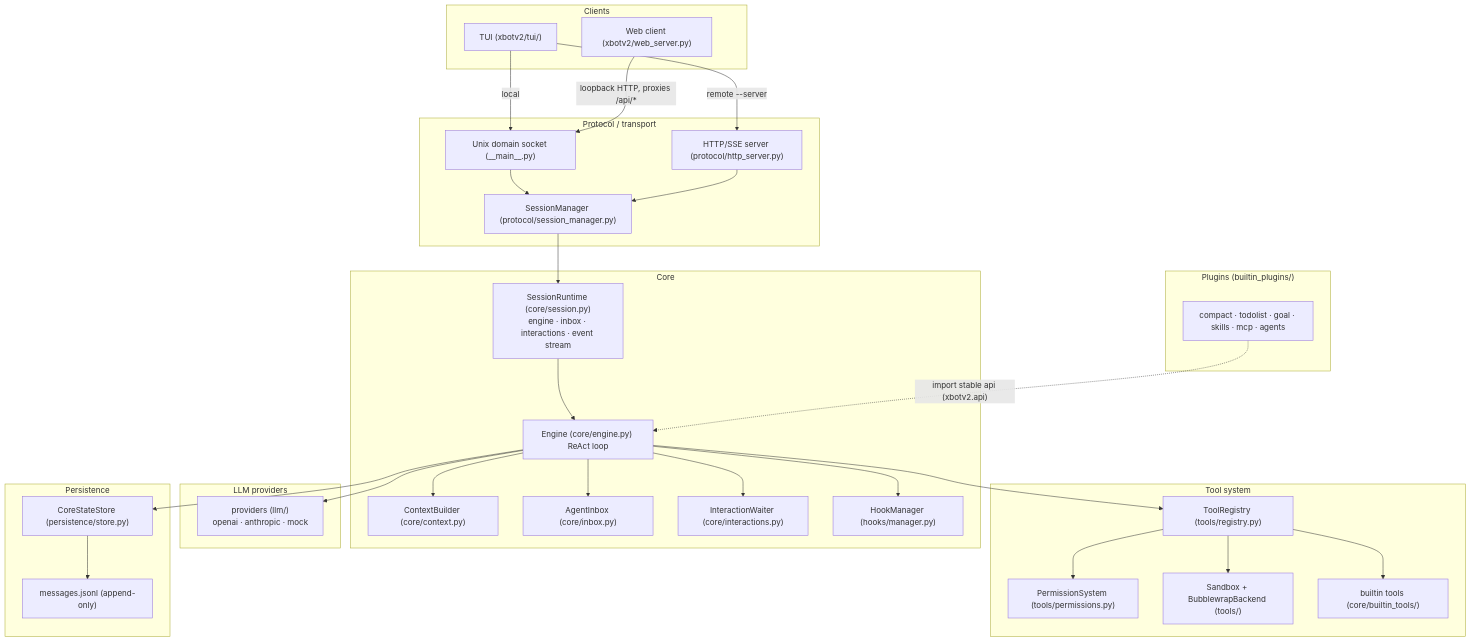
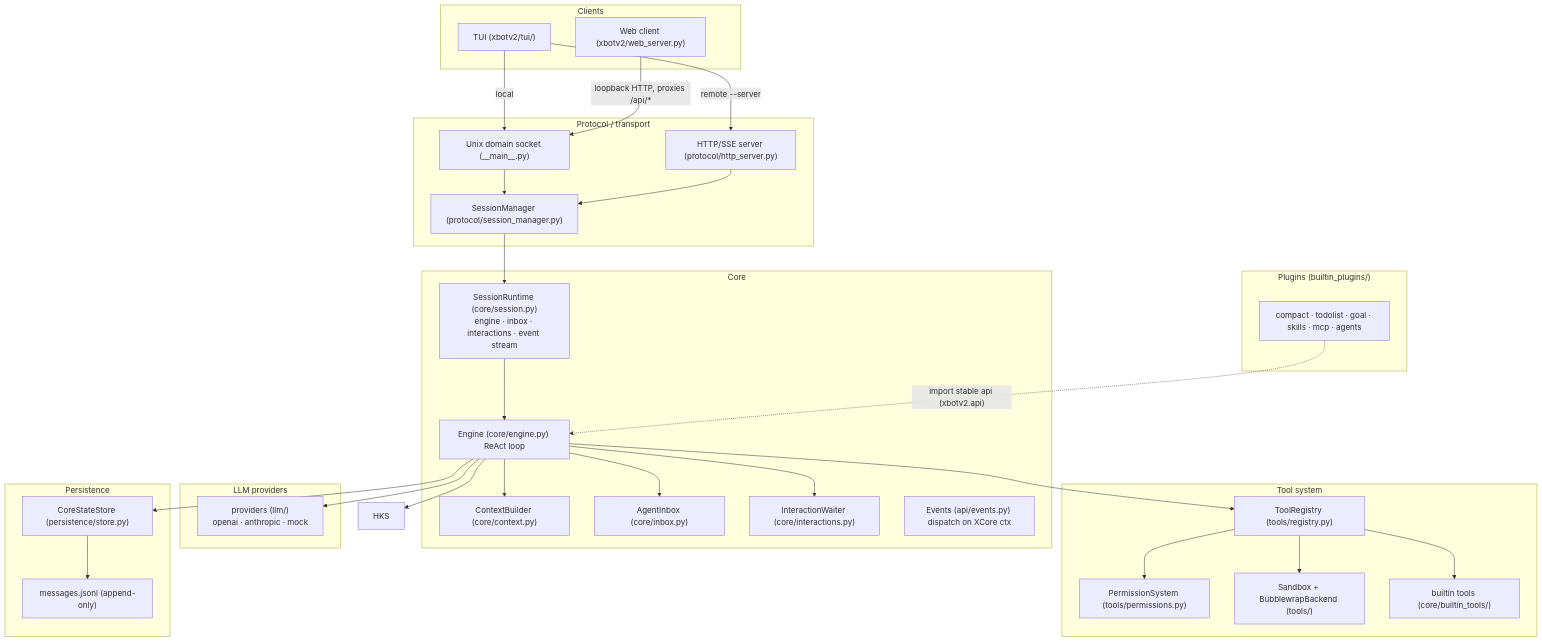
Before and after one commit to dukmu/XBot: the first of 2 diagrams in XBotv2/docsv2/architecture.md, drawn with Mermaid. The commit also changed other lines of this file and 73 other files, not shown here.

First line of the commit message:
All-plugins, event-driven XBot on XCore (no hook system, no bridge layer)

````diff
--- a/XBotv2/docsv2/architecture.md
+++ b/XBotv2/docsv2/architecture.md
@@ -23,62 +23,62 @@
 ```mermaid
 flowchart TB
     subgraph Clients
         TUI["TUI (xbotv2/tui/)"]
         WEB["Web client (xbotv2/web_server.py)"]
     end
 
     subgraph Transport["Protocol / transport"]
         UDS["Unix domain socket (__main__.py)"]
         HTTP["HTTP/SSE server (protocol/http_server.py)"]
         SCM["SessionManager (protocol/session_manager.py)"]
     end
 
     subgraph Core["Core"]
         SRT["SessionRuntime (core/session.py)<br/>engine · inbox · interactions · event stream"]
         ENG["Engine (core/engine.py) ReAct loop"]
         CTX["ContextBuilder (core/context.py)"]
         IBX["AgentInbox (core/inbox.py)"]
         ITX["InteractionWaiter (core/interactions.py)"]
-        HKS["HookManager (hooks/manager.py)"]
+        EVT["Events (api/events.py) dispatch on XCore ctx"]
     end
 
     subgraph ToolsLayer["Tool system"]
         REG["ToolRegistry (tools/registry.py)"]
         PERM["PermissionSystem (tools/permissions.py)"]
         SBX["Sandbox + BubblewrapBackend (tools/)"]
         BT["builtin tools (core/builtin_tools/)"]
     end
 
     subgraph ProvidersLayer["LLM providers"]
         LLM["providers (llm/)<br/>openai · anthropic · mock"]
     end
 
     subgraph PersistenceLayer["Persistence"]
         STORE["CoreStateStore (persistence/store.py)"]
         JRNL["messages.jsonl (append-only)"]
     end
 
     subgraph PluginsLayer["Plugins (builtin_plugins/)"]
         P["compact · todolist · goal · skills · mcp · agents"]
     end
 
     TUI -->|"local"| UDS
     TUI -->|"remote --server"| HTTP
     WEB -->|"loopback HTTP, proxies /api/*"| UDS
     UDS --> SCM
     HTTP --> SCM
     SCM --> SRT
     SRT --> ENG
     ENG --> CTX
     ENG --> IBX
     ENG --> ITX
     ENG --> HKS
     ENG --> REG
     REG --> PERM
     REG --> SBX
     REG --> BT
     ENG --> LLM
     ENG --> STORE
     STORE --> JRNL
     P -. "import stable api (xbotv2.api)" .-> ENG
 ```
````
